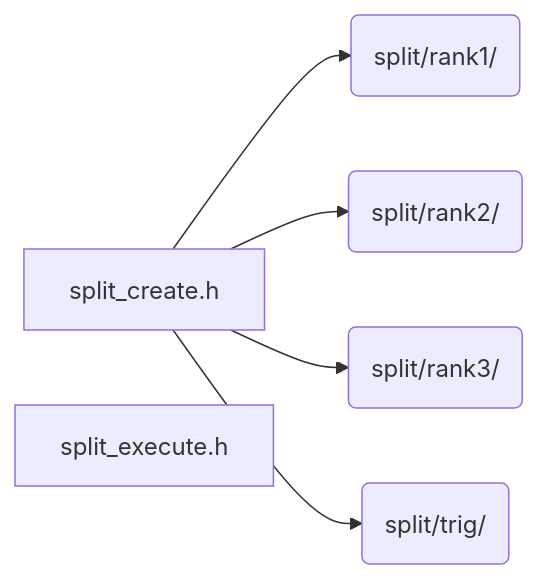
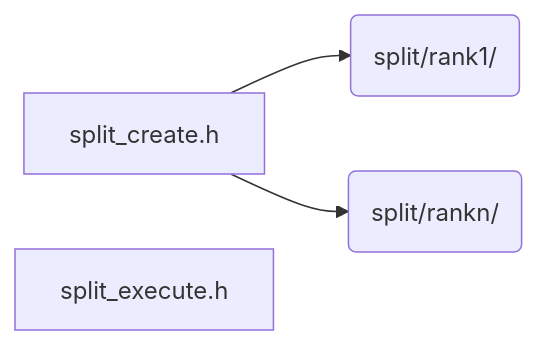
Before and after one commit to Tugbars/VectorFFT: the diagram in docs/architecture/generated/folders/split.md, drawn with Mermaid. The commit also changed 98 other files, not shown here.

Commit message:
regenerated architecture drawings

````diff
--- a/docs/architecture/generated/folders/split.md
+++ b/docs/architecture/generated/folders/split.md
@@ -11,13 +11,9 @@
 ```mermaid
 flowchart LR
     n_split_split_create_h["split_create.h"]
     n_split_split_execute_h["split_execute.h"]
     n_dir_split_rank1("split/rank1/")
-    n_dir_split_rank2("split/rank2/")
-    n_dir_split_rank3("split/rank3/")
-    n_dir_split_trig("split/trig/")
+    n_dir_split_rankn("split/rankn/")
     n_split_split_create_h --> n_dir_split_rank1
-    n_split_split_create_h --> n_dir_split_rank2
-    n_split_split_create_h --> n_dir_split_rank3
-    n_split_split_create_h --> n_dir_split_trig
+    n_split_split_create_h --> n_dir_split_rankn
 ```
````
